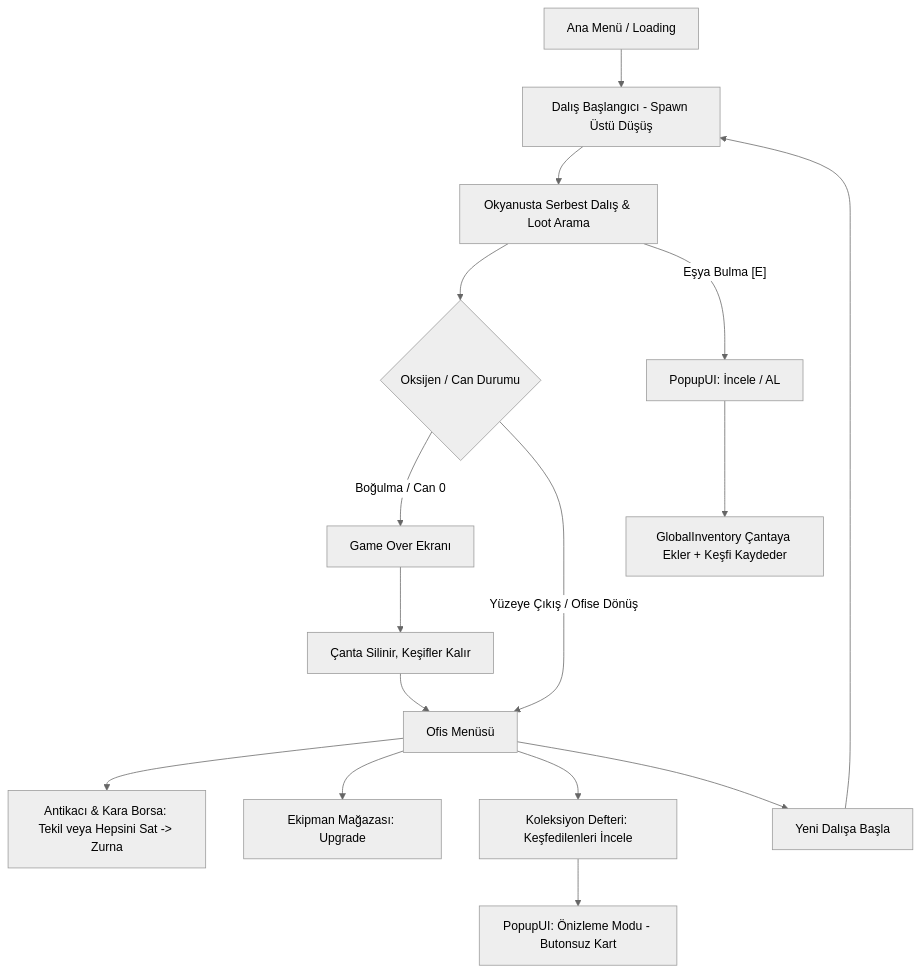
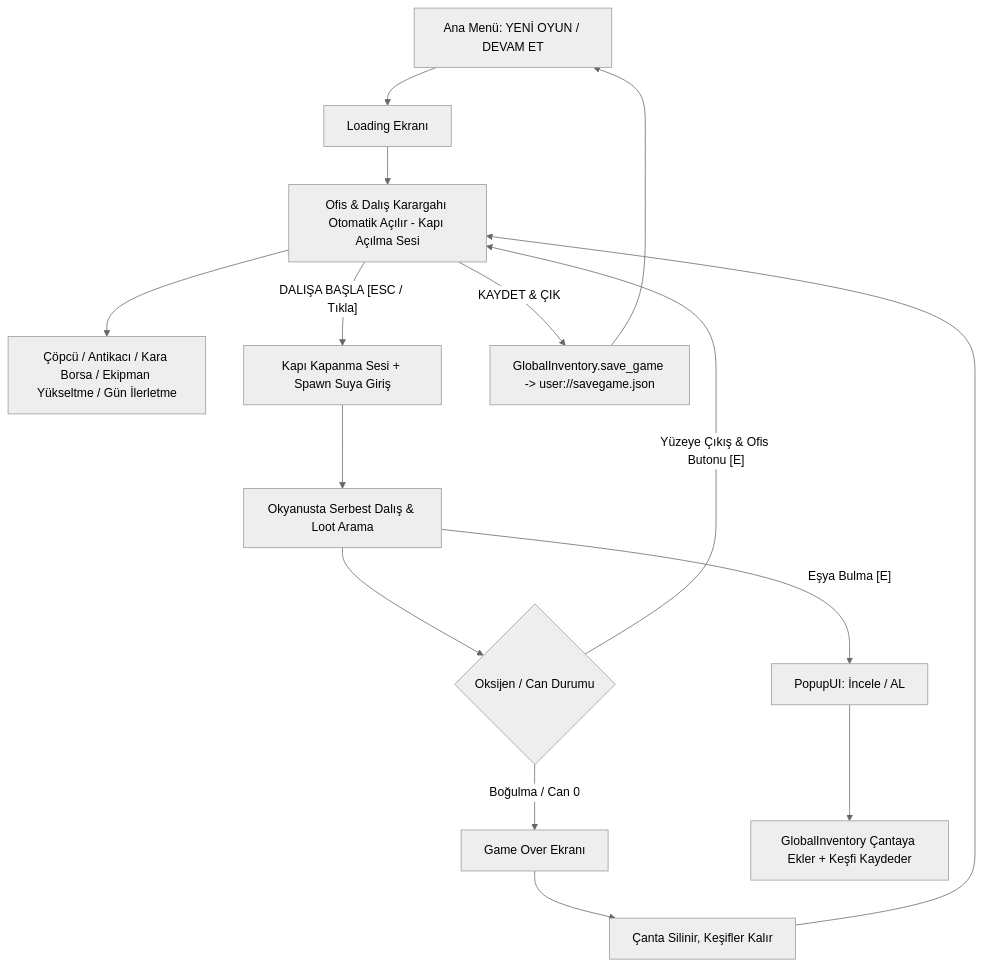
One commit to hakankayaci-smilegames/dive-find changed the diagram in PROJECT_ARCHITECTURE.md. Above: the diagram before and after it, drawn with Mermaid (neutral theme). The commit also changed other lines of this file and 27 other files, not shown here.

````diff
--- a/PROJECT_ARCHITECTURE.md
+++ b/PROJECT_ARCHITECTURE.md
@@ -9,18 +9,17 @@
 ```mermaid
 graph TD
-    A[Ana Menü / Loading] --> B[Dalış Başlangıcı - Spawn Üstü Düşüş]
-    B --> C[Okyanusta Serbest Dalış & Loot Arama]
-    C --> D{Oksijen / Can Durumu}
-    D -- Boğulma / Can 0 --> E[Game Over Ekranı]
-    E --> F[Çanta Silinir, Keşifler Kalır]
-    F --> G[Ofis Menüsü]
-    D -- Yüzeye Çıkış / Ofise Dönüş --> G
-    C -- Eşya Bulma [E] --> H[PopupUI: İncele / AL]
-    H --> I[GlobalInventory Çantaya Ekler + Keşfi Kaydeder]
-    G --> J[Antikacı & Kara Borsa: Tekil veya Hepsini Sat -> Zurna]
-    G --> K[Ekipman Mağazası: Upgrade]
-    G --> L[Koleksiyon Defteri: Keşfedilenleri İncele]
-    L --> H2[PopupUI: Önizleme Modu - Butonsuz Kart]
-    G --> M[Yeni Dalışa Başla]
-    M --> B
+    A[Ana Menü: YENİ OYUN / DEVAM ET] --> B[Loading Ekranı]
+    B --> C[Ofis & Dalış Karargahı Otomatik Açılır - Kapı Açılma Sesi]
+    C --> D[Çöpcü / Antikacı / Kara Borsa / Ekipman Yükseltme / Gün İlerletme]
+    C -- DALIŞA BAŞLA [ESC / Tıkla] --> E[Kapı Kapanma Sesi + Spawn Suya Giriş]
+    E --> F[Okyanusta Serbest Dalış & Loot Arama]
+    F --> G{Oksijen / Can Durumu}
+    G -- Boğulma / Can 0 --> H[Game Over Ekranı]
+    H --> I[Çanta Silinir, Keşifler Kalır]
+    I --> C
+    G -- Yüzeye Çıkış & Ofis Butonu [E] --> C
+    F -- Eşya Bulma [E] --> J[PopupUI: İncele / AL]
+    J --> K[GlobalInventory Çantaya Ekler + Keşfi Kaydeder]
+    C -- KAYDET & ÇIK --> L[GlobalInventory.save_game -> user://savegame.json]
+    L --> A
 ```
````
